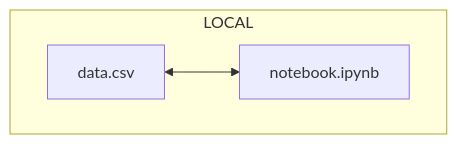
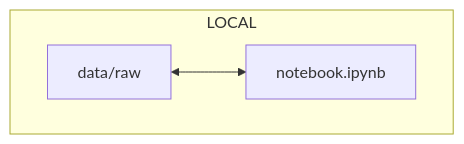
The diagram in docs/part-1-local-training-and-model-evaluation/chapter-1-run-a-simple-ml-experiment-with-jupyter-notebook/index.md (swiss-ai-center/a-guide-to-mlops), drawn with Mermaid before and after one commit. The commit also changed 6 other files, not shown here.

Commit message:
Refactor mermaid data name

````diff
--- a/docs/part-1-local-training-and-model-evaluation/chapter-1-run-a-simple-ml-experiment-with-jupyter-notebook/index.md
+++ b/docs/part-1-local-training-and-model-evaluation/chapter-1-run-a-simple-ml-experiment-with-jupyter-notebook/index.md
@@ -35,6 +35,6 @@
 ```mermaid
 flowchart
     subgraph localGraph[LOCAL]
-        data[data.csv] <--> notebook[notebook.ipynb]
+        data[data/raw] <--> notebook[notebook.ipynb]
     end
 ```
````
